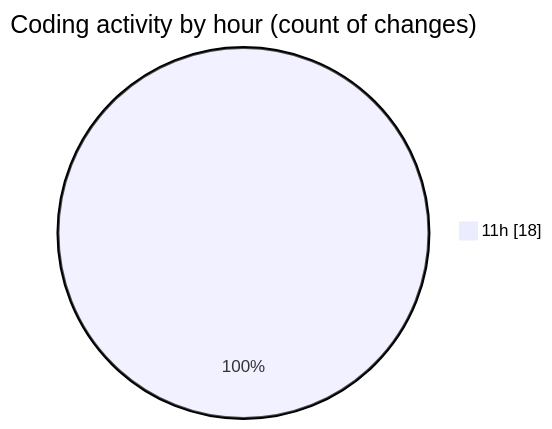
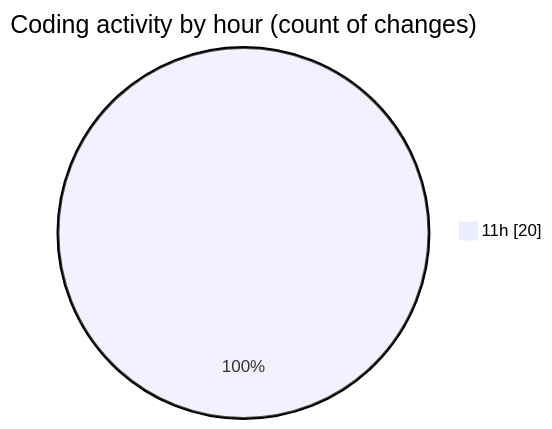
One commit to Ritupan-Deka/code-tracking changed the second of 2 diagrams in 2025-07-10/urlwebwala_intership_work/README.md. Above: the diagram before and after it, drawn with Mermaid. The commit also changed other lines of this file and 1 other file, not shown here.

````diff
--- a/2025-07-10/urlwebwala_intership_work/README.md
+++ b/2025-07-10/urlwebwala_intership_work/README.md
@@ -28,5 +28,5 @@
 ```mermaid
 pie showData
 title Coding activity by hour (count of changes)
-"11h" : 18
+"11h" : 20
 ```
````
